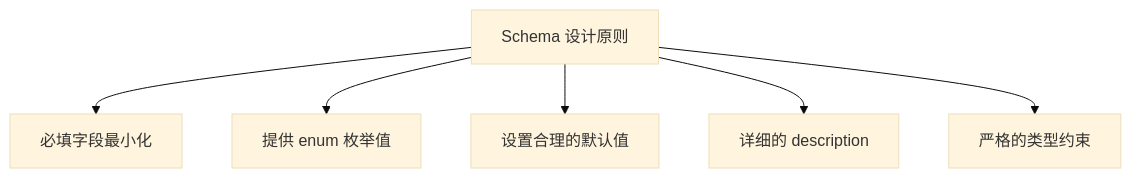
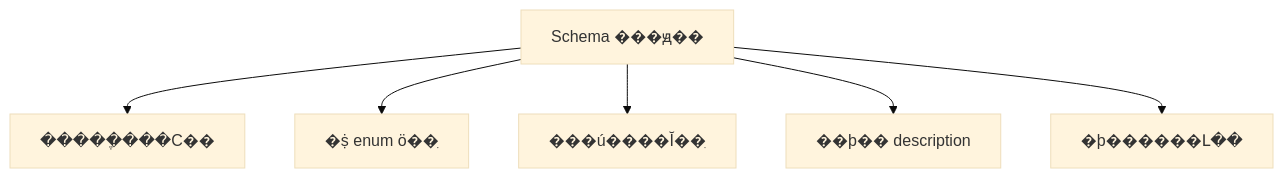
The seventh of 9 diagrams in content/post/ai-interview/Agent工具调用失败如何处理.zh-CN.md (TimeHunter618/hugo-maid-dev), drawn with Mermaid (base theme) before and after one commit. The commit also changed other lines of this file and 70 other files, not shown here.

````diff
--- a/content/post/ai-interview/Agent工具调用失败如何处理.zh-CN.md
+++ b/content/post/ai-interview/Agent工具调用失败如何处理.zh-CN.md
@@ -616,8 +616,8 @@
 ```mermaid
 graph TD
-    A[Schema 设计原则] --> B[必填字段最小化]
-    A --> C[提供 enum 枚举值]
-    A --> D[设置合理的默认值]
-    A --> E[详细的 description]
-    A --> F[严格的类型约束]
+    A[Schema ���ԭ��] --> B[�����ֶ���С��]
+    A --> C[�ṩ enum ö��ֵ]
+    A --> D[���ú����Ĭ��ֵ]
+    A --> E[��ϸ�� description]
+    A --> F[�ϸ������Լ��]
 ```
````
